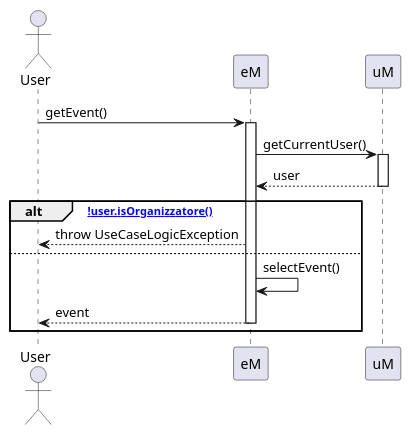
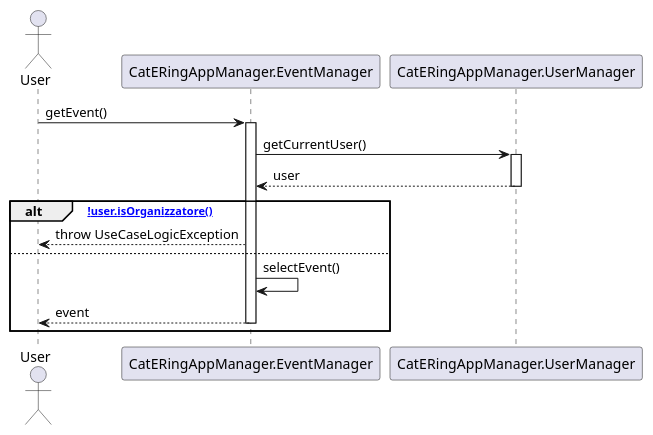
One commit to m0canu1/sas changed the diagram in dsd/dsd-eventi/estensioniEcc/estensione1a.md. Above: the diagram before and after it, drawn with PlantUML. The commit also changed 7 other files, not shown here.

````diff
--- a/dsd/dsd-eventi/estensioniEcc/estensione1a.md
+++ b/dsd/dsd-eventi/estensioniEcc/estensione1a.md
@@ -1,25 +1,25 @@
 ```plantuml
 Actor  User
-Participant eM 
-Participant uM
+Participant "CatERingAppManager.EventManager" 
+Participant "CatERingAppManager.UserManager"
 
-User -> eM: getEvent()
-Activate eM
+User -> "CatERingAppManager.EventManager": getEvent()
+Activate "CatERingAppManager.EventManager"
 
-eM -> uM: getCurrentUser()
-Activate uM
+"CatERingAppManager.EventManager" -> "CatERingAppManager.UserManager": getCurrentUser()
+Activate "CatERingAppManager.UserManager"
 
-uM --> eM: user
-Deactivate uM
+"CatERingAppManager.UserManager" --> "CatERingAppManager.EventManager": user
+Deactivate "CatERingAppManager.UserManager"
 
 alt [!user.isOrganizzatore()]
-    eM --> User: throw UseCaseLogicException
+    "CatERingAppManager.EventManager" --> User: throw UseCaseLogicException
 else
-    eM -> eM: selectEvent()
-    eM --> User: event
-    Deactivate eM
+    "CatERingAppManager.EventManager" -> "CatERingAppManager.EventManager": selectEvent()
+    "CatERingAppManager.EventManager" --> User: event
+    Deactivate "CatERingAppManager.EventManager"
 end
 
 
 
 ```
````
